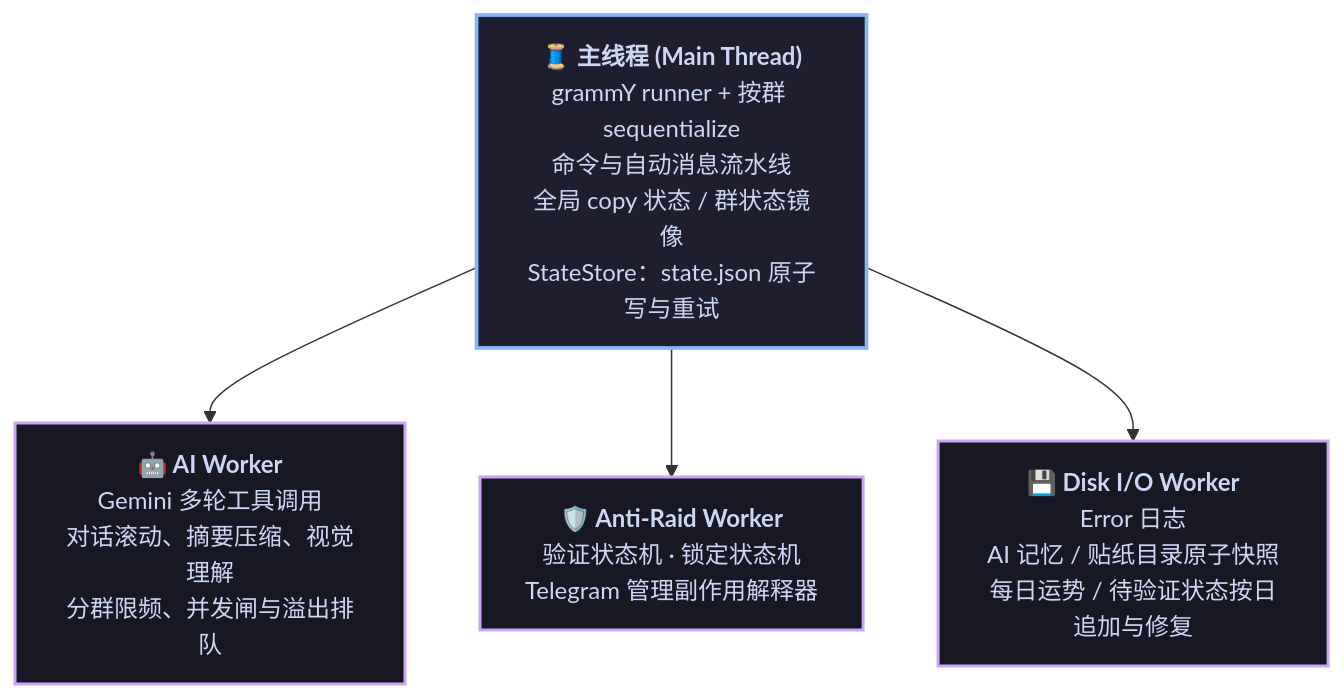
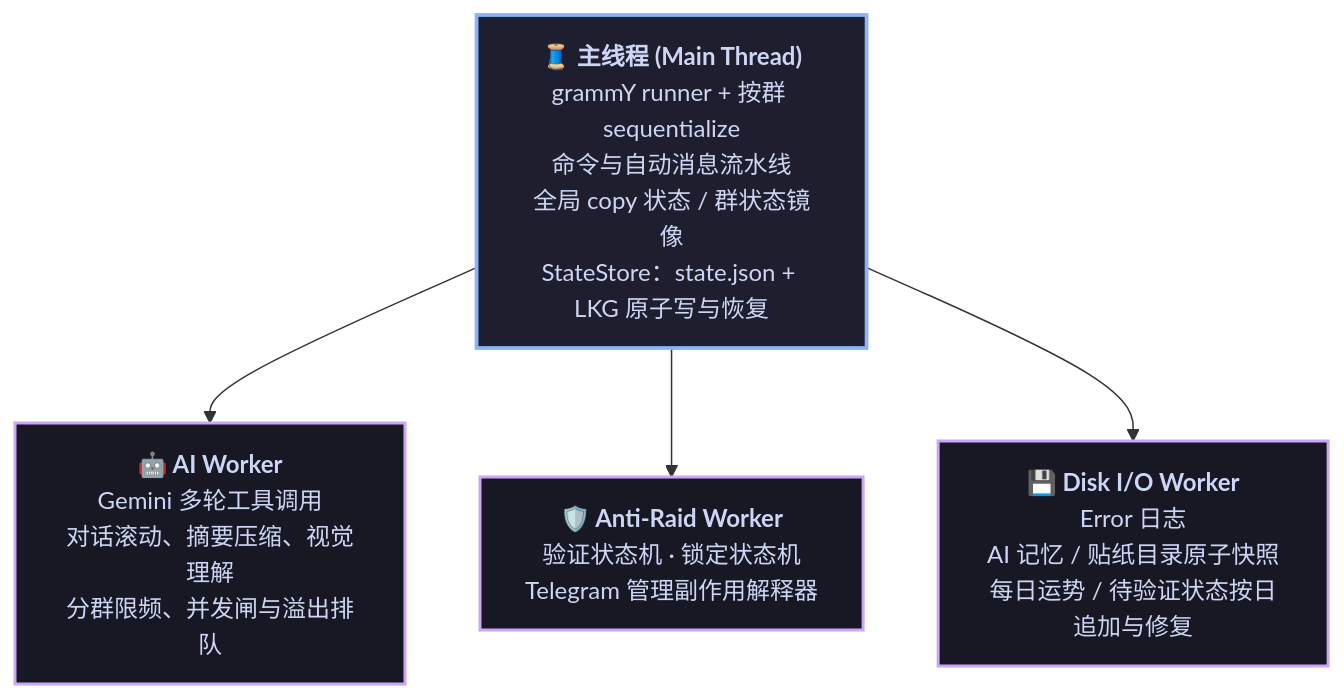
Before and after one commit to Asashishi/copy_ninjia: the second of 2 diagrams in README.md, drawn with Mermaid. The commit also changed other lines of this file and 24 other files, not shown here.

````diff
--- a/README.md
+++ b/README.md
@@ -285,18 +285,18 @@
 ```mermaid
 flowchart TD
     %% 样式定义以增强视觉效果
     classDef main fill:#1e1e2e,stroke:#89b4fa,stroke-width:2.5px,color:#cdd6f4;
     classDef worker fill:#181825,stroke:#cba6f7,stroke-width:2px,color:#cdd6f4;
 
-    MAIN["<b>🧵 主线程 (Main Thread)</b><br/>grammY runner + 按群 sequentialize<br/>命令与自动消息流水线<br/>全局 copy 状态 / 群状态镜像<br/>StateStore：state.json 原子写与重试"]:::main
+    MAIN["<b>🧵 主线程 (Main Thread)</b><br/>grammY runner + 按群 sequentialize<br/>命令与自动消息流水线<br/>全局 copy 状态 / 群状态镜像<br/>StateStore：state.json + LKG 原子写与恢复"]:::main
     
     AI["<b>🤖 AI Worker</b><br/>Gemini 多轮工具调用<br/>对话滚动、摘要压缩、视觉理解<br/>分群限频、并发闸与溢出排队"]:::worker
     
     RAID["<b>🛡️ Anti-Raid Worker</b><br/>验证状态机 · 锁定状态机<br/>Telegram 管理副作用解释器"]:::worker
     
     DISK["<b>💾 Disk I/O Worker</b><br/>Error 日志<br/>AI 记忆 / 贴纸目录原子快照<br/>每日运势 / 待验证状态按日追加与修复"]:::worker
 
     MAIN --> AI
     MAIN --> RAID
     MAIN --> DISK
 ```
````
